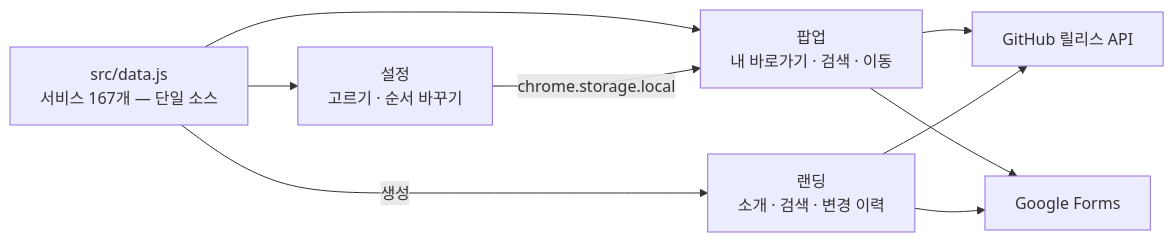
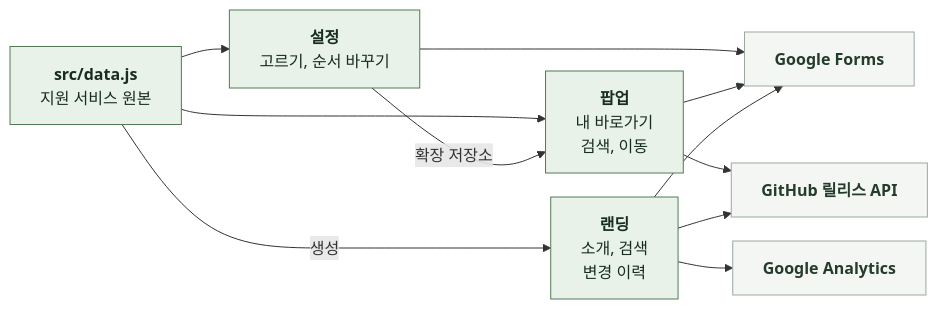
The diagram in docs/spec/README.md (kangkyunghyun/LinKHU), drawn with Mermaid before and after one commit. The commit also changed other lines of this file and 24 other files, not shown here.

````diff
--- a/docs/spec/README.md
+++ b/docs/spec/README.md
@@ -9,12 +7,25 @@
 ```mermaid
+%%{init: {"flowchart": {"curve": "basis", "nodeSpacing": 24, "rankSpacing": 48}}}%%
 flowchart LR
-    D["src/data.js<br>서비스 167개 — 단일 소스"]
-    D --> P["팝업<br>내 바로가기 · 검색 · 이동"]
-    D --> O["설정<br>고르기 · 순서 바꾸기"]
-    D -- "생성" --> L["랜딩<br>소개 · 검색 · 변경 이력"]
-    O -- "chrome.storage.local" --> P
-    P --> G["GitHub 릴리스 API"]
+    D["`**src/data.js**
+지원 서비스 원본`"]
+    D --> O["`**설정**
+고르기, 순서 바꾸기`"]
+    D --> P["`**팝업**
+내 바로가기
+검색, 이동`"]
+    D -->|생성| L["`**랜딩**
+소개, 검색
+변경 이력`"]
+    O -->|확장 저장소| P
+    O --> F["`**Google Forms**`"]
+    P --> F
+    P --> G["`**GitHub 릴리스 API**`"]
+    L --> F
     L --> G
-    P --> F["Google Forms"]
-    L --> F
+    L --> A["`**Google Analytics**`"]
+    classDef comp fill:#E8F2E8,stroke:#527A59,color:#182D1D
+    classDef ext fill:#F4F6F4,stroke:#9BA99E,color:#253C2C
+    class D,P,O,L comp
+    class G,F,A ext
 ```
````
